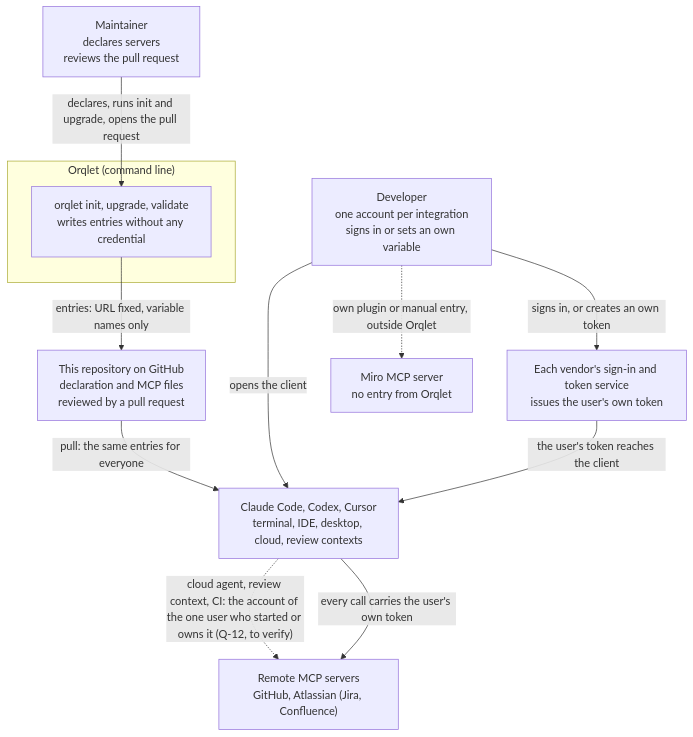
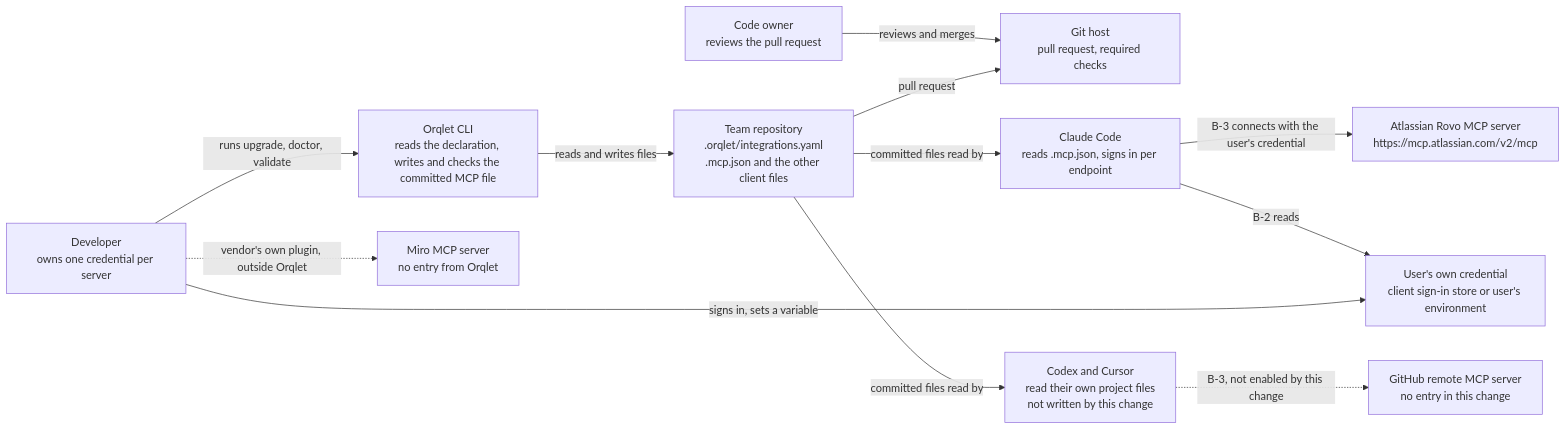
The diagram in docs/design/mcp-or-plugins/design/context.md (tmishari/orqlet), drawn with Mermaid before and after one commit. The commit also changed other lines of this file and 12 other files, not shown here.

````diff
--- a/docs/design/mcp-or-plugins/design/context.md
+++ b/docs/design/mcp-or-plugins/design/context.md
@@ -5,23 +5,26 @@
 ```mermaid
-flowchart TB
-  dev["Developer<br/>one account per integration<br/>signs in or sets an own variable"]
-  maint["Maintainer<br/>declares servers<br/>reviews the pull request"]
-  subgraph orq["Orqlet (command line)"]
-    cli["orqlet init, upgrade, validate<br/>writes entries without any credential"]
-  end
-  repo["This repository on GitHub<br/>declaration and MCP files<br/>reviewed by a pull request"]
-  clients["Claude Code, Codex, Cursor<br/>terminal, IDE, desktop, cloud, review contexts"]
-  signin["Each vendor's sign-in and token service<br/>issues the user's own token"]
-  servers["Remote MCP servers<br/>GitHub, Atlassian (Jira, Confluence)"]
+flowchart LR
+  dev["Developer<br/>owns one credential per server"]
+  owner["Code owner<br/>reviews the pull request"]
+  orq["Orqlet CLI<br/>reads the declaration, writes and checks the committed MCP file"]
+  repo["Team repository<br/>.orqlet/integrations.yaml<br/>.mcp.json and the other client files"]
+  host["Git host<br/>pull request, required checks"]
+  cc["Claude Code<br/>reads .mcp.json, signs in per endpoint"]
+  other["Codex and Cursor<br/>read their own project files<br/>not written by this change"]
+  atl["Atlassian Rovo MCP server<br/>https://mcp.atlassian.com/v2/mcp"]
+  gh["GitHub remote MCP server<br/>no entry in this change"]
   miro["Miro MCP server<br/>no entry from Orqlet"]
+  cred["User's own credential<br/>client sign-in store or user's environment"]
 
-  maint -->|"declares, runs init and upgrade, opens the pull request"| cli
-  cli -->|"entries: URL fixed, variable names only"| repo
-  repo -->|"pull: the same entries for everyone"| clients
-  dev -->|"opens the client"| clients
-  dev -->|"signs in, or creates an own token"| signin
-  signin -->|"the user's token reaches the client"| clients
-  clients -.->|"cloud agent, review context, CI: the account of the one user who started or owns it (Q-12, to verify)"| servers
-  clients -->|"every call carries the user's own token"| servers
-  dev -.->|"own plugin or manual entry, outside Orqlet"| miro
+  dev -->|runs upgrade, doctor, validate| orq
+  orq -->|reads and writes files| repo
+  repo -->|pull request| host
+  owner -->|reviews and merges| host
+  repo -->|committed files read by| cc
+  repo -->|committed files read by| other
+  dev -->|signs in, sets a variable| cred
+  cc -->|B-2 reads| cred
+  cc -->|B-3 connects with the user's credential| atl
+  other -.->|B-3, not enabled by this change| gh
+  dev -.->|vendor's own plugin, outside Orqlet| miro
 ```
````
